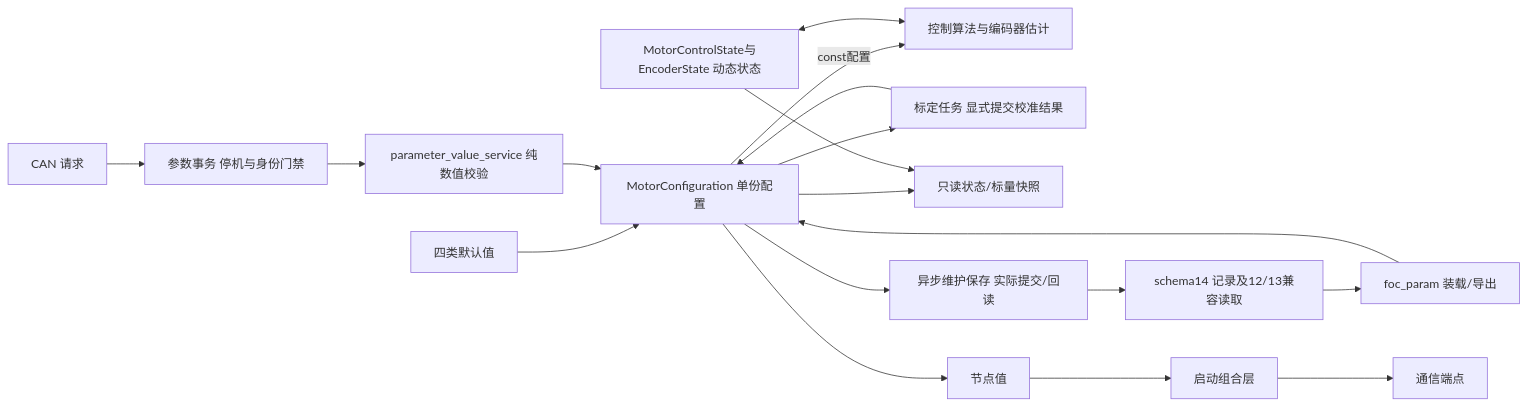
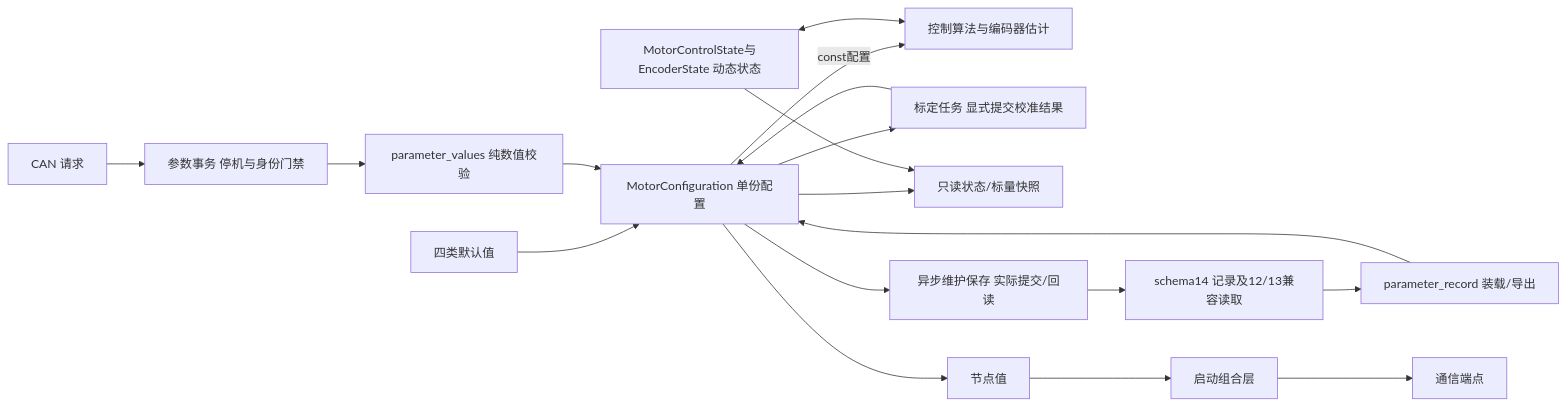
The diagram in docs/architecture/parameter_ownership_v1.md (haoyang877/Vector_Mini_ST_Firmware), drawn with Mermaid before and after one commit. The commit also changed other lines of this file and 113 other files, not shown here.

````diff
--- a/docs/architecture/parameter_ownership_v1.md
+++ b/docs/architecture/parameter_ownership_v1.md
@@ -49,20 +49,20 @@
 ```mermaid
 flowchart LR
     Defaults[四类默认值] --> Config[MotorConfiguration 单份配置]
-    Store[schema14 记录及12/13兼容读取] --> Adapter[foc_param 装载/导出]
+    Store[schema14 记录及12/13兼容读取] --> Adapter[parameter_record 装载/导出]
     Adapter --> Config
     Command[CAN 请求] --> Gate[参数事务 停机与身份门禁]
-    Gate --> Value[parameter_value_service 纯数值校验]
+    Gate --> Value[parameter_values 纯数值校验]
     Value --> Config
     Config -->|const配置| Control[控制算法与编码器估计]
     Runtime[MotorControlState与EncoderState 动态状态] <--> Control
     Config --> Calibration[标定任务 显式提交校准结果]
     Calibration --> Config
     Config --> Snapshot[只读状态/标量快照]
     Runtime --> Snapshot
     Config --> Save[异步维护保存 实际提交/回读]
     Save --> Store
     Config --> Node[节点值]
     Node --> Board[启动组合层]
     Board --> Endpoint[通信端点]
 ```
````
